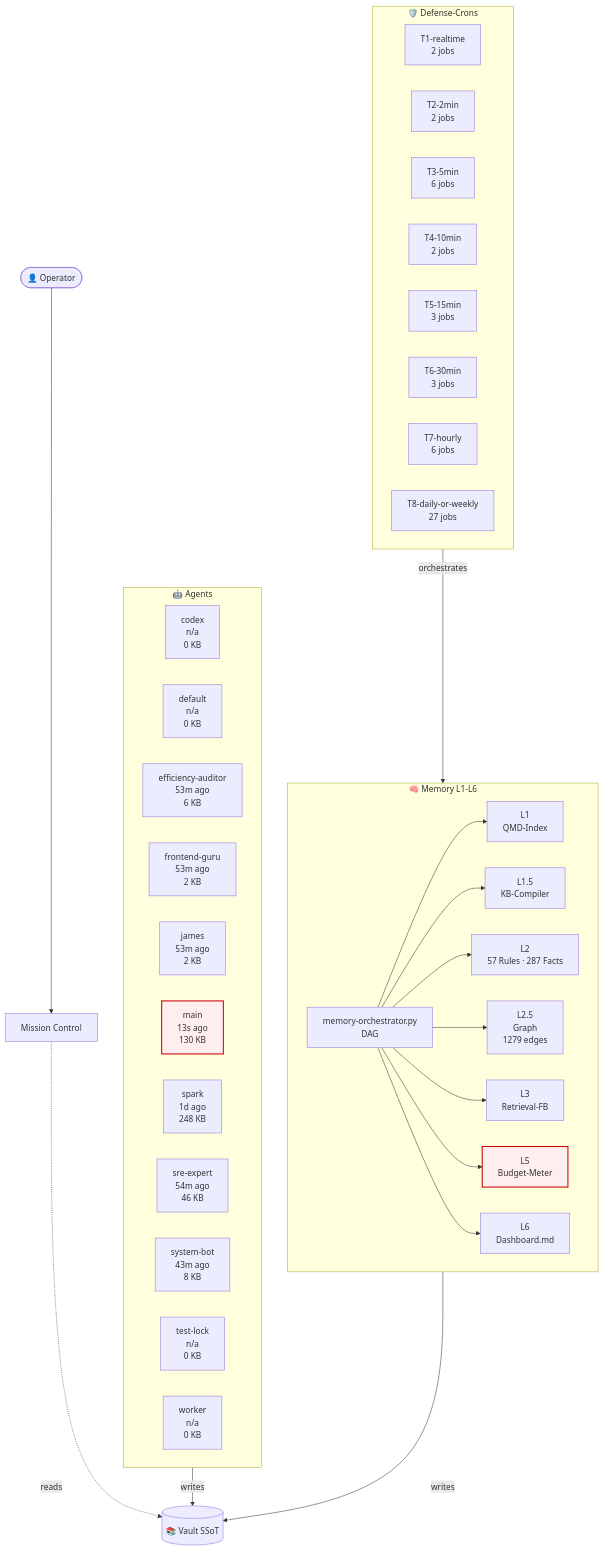
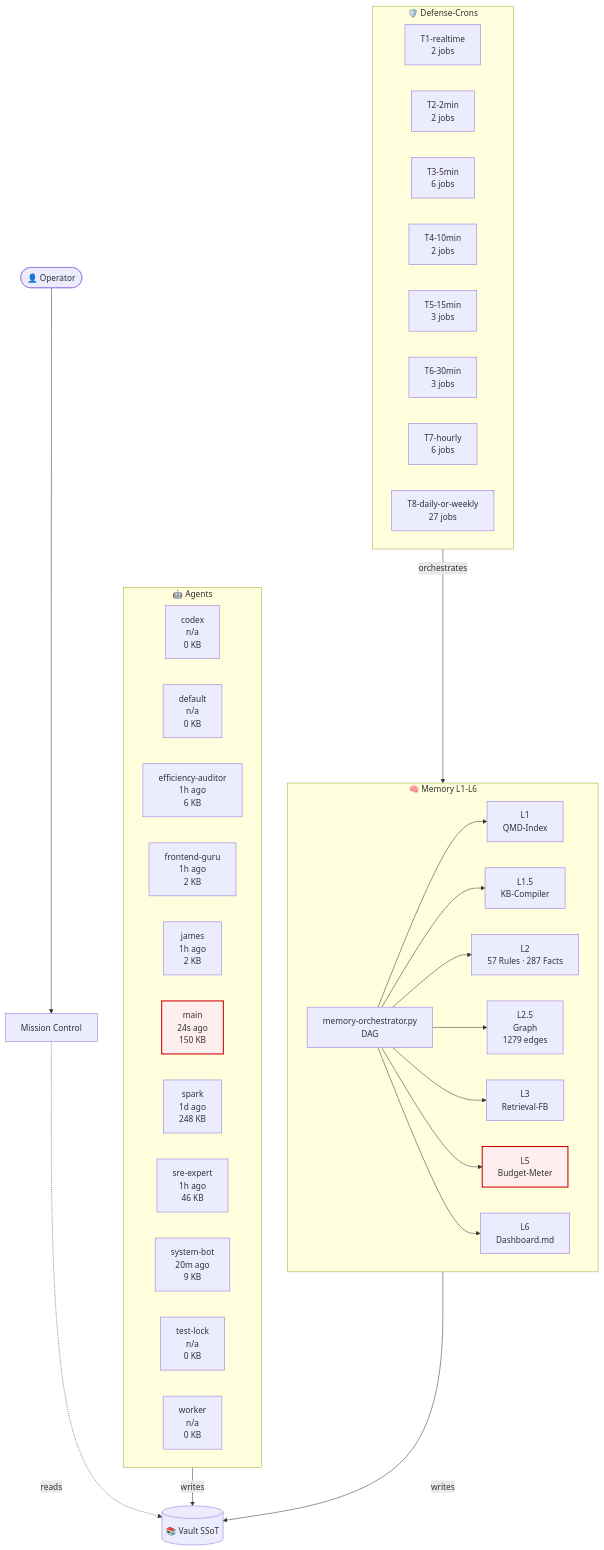
The diagram in 03-Agents/architecture-live.md (lenardhuebner88-rgb/openclaw-memory), drawn with Mermaid before and after one commit. The commit also changed other lines of this file and 1 other file, not shown here.

````diff
--- a/03-Agents/architecture-live.md
+++ b/03-Agents/architecture-live.md
@@ -18,54 +18,54 @@
 ```mermaid
 flowchart TB
     classDef critical fill:#fee,stroke:#c00,stroke-width:2px;
     subgraph AGT["🤖 Agents"]
         agent_codex["codex<br/>n/a<br/>0 KB"]
         agent_default["default<br/>n/a<br/>0 KB"]
-        agent_efficiency_auditor["efficiency-auditor<br/>53m ago<br/>6 KB"]
-        agent_frontend_guru["frontend-guru<br/>53m ago<br/>2 KB"]
-        agent_james["james<br/>53m ago<br/>2 KB"]
-        agent_main["main<br/>13s ago<br/>130 KB"]
+        agent_efficiency_auditor["efficiency-auditor<br/>1h ago<br/>6 KB"]
+        agent_frontend_guru["frontend-guru<br/>1h ago<br/>2 KB"]
+        agent_james["james<br/>1h ago<br/>2 KB"]
+        agent_main["main<br/>24s ago<br/>150 KB"]
         agent_spark["spark<br/>1d ago<br/>248 KB"]
-        agent_sre_expert["sre-expert<br/>54m ago<br/>46 KB"]
-        agent_system_bot["system-bot<br/>43m ago<br/>8 KB"]
+        agent_sre_expert["sre-expert<br/>1h ago<br/>46 KB"]
+        agent_system_bot["system-bot<br/>20m ago<br/>9 KB"]
         agent_test_lock["test-lock<br/>n/a<br/>0 KB"]
         agent_worker["worker<br/>n/a<br/>0 KB"]
     end
     subgraph MEM["🧠 Memory L1-L6"]
         L1["L1<br/>QMD-Index"]
         L15["L1.5<br/>KB-Compiler"]
         L2["L2<br/>57 Rules · 287 Facts"]
         L25["L2.5<br/>Graph<br/>1279 edges"]
         L3["L3<br/>Retrieval-FB"]
         L5["L5<br/>Budget-Meter"]
         L6["L6<br/>Dashboard.md"]
         ORCH["memory-orchestrator.py<br/>DAG"]
     end
     subgraph CRN["🛡️ Defense-Crons"]
         tier_T1_realtime["T1-realtime<br/>2 jobs"]
         tier_T2_2min["T2-2min<br/>2 jobs"]
         tier_T3_5min["T3-5min<br/>6 jobs"]
         tier_T4_10min["T4-10min<br/>2 jobs"]
         tier_T5_15min["T5-15min<br/>3 jobs"]
         tier_T6_30min["T6-30min<br/>3 jobs"]
         tier_T7_hourly["T7-hourly<br/>6 jobs"]
         tier_T8_daily_or_weekly["T8-daily-or-weekly<br/>27 jobs"]
     end
     VAULT[("📚 Vault SSoT")]
     OP([👤 Operator])
     MC["Mission Control"]
     OP --> MC
     MC -.reads.-> VAULT
     AGT -->|writes| VAULT
     MEM -->|writes| VAULT
     ORCH --> L1
     ORCH --> L15
     ORCH --> L2
     ORCH --> L25
     ORCH --> L3
     ORCH --> L5
     ORCH --> L6
     CRN -->|orchestrates| MEM
     class L5 critical
     class agent_main critical
 ```
````
